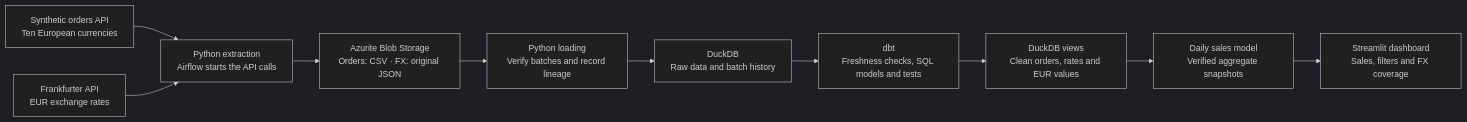
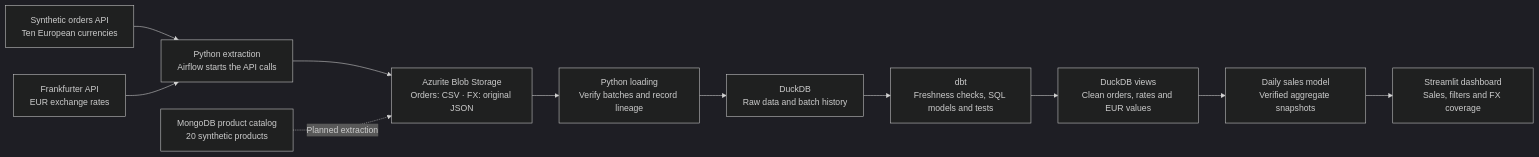
The first of 3 diagrams in README.md (ungvari-tomi/tomi-platform), drawn with Mermaid (dark theme) before and after one commit. The commit also changed other lines of this file and 1 other file, not shown here.

Commit message:
Document verified MongoDB deployment and Windows credential ACLs

````diff
--- a/README.md
+++ b/README.md
@@ -16,18 +16,20 @@
 ```mermaid
 flowchart LR
     Orders["Synthetic orders API<br/>Ten European currencies"]
     FX["Frankfurter API<br/>EUR exchange rates"]
     Extract["Python extraction<br/>Airflow starts the API calls"]
     Blob["Azurite Blob Storage<br/>Orders: CSV · FX: original JSON"]
     Load["Python loading<br/>Verify batches and record lineage"]
     Raw["DuckDB<br/>Raw data and batch history"]
     Dbt["dbt<br/>Freshness checks, SQL models and tests"]
     Analytics["DuckDB views<br/>Clean orders, rates and EUR values"]
     Reporting["Daily sales model<br/>Verified aggregate snapshots"]
     Dashboard["Streamlit dashboard<br/>Sales, filters and FX coverage"]
+    Catalog["MongoDB product catalog<br/>20 synthetic products"]
 
     Orders --> Extract
     FX --> Extract
     Extract --> Blob --> Load --> Raw --> Dbt --> Analytics
     Analytics --> Reporting --> Dashboard
+    Catalog -.->|Planned extraction| Blob
 ```
````
